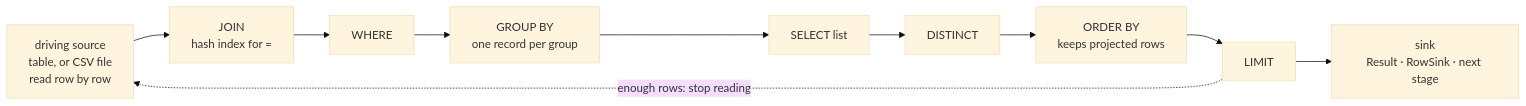
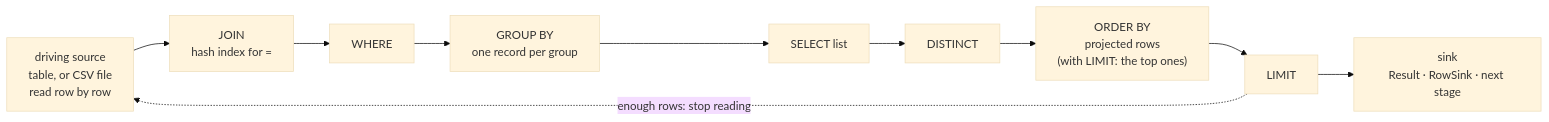
One commit to solariun/vDB changed the third of 14 diagrams in README.md. Above: the diagram before and after it, drawn with Mermaid (base theme). The commit also changed other lines of this file and 15 other files, not shown here.

````diff
--- a/README.md
+++ b/README.md
@@ -197,5 +199,5 @@
 ```mermaid
 flowchart LR
-    src["driving source<br/>table, or CSV file<br/>read row by row"] --> join["JOIN<br/>hash index for ="] --> where["WHERE"] --> group["GROUP BY<br/>one record per group"] --> proj["SELECT list"] --> dist["DISTINCT"] --> order["ORDER BY<br/>keeps projected rows"] --> limit["LIMIT"] --> out["sink<br/>Result · RowSink · next stage"]
+    src["driving source<br/>table, or CSV file<br/>read row by row"] --> join["JOIN<br/>hash index for ="] --> where["WHERE"] --> group["GROUP BY<br/>one record per group"] --> proj["SELECT list"] --> dist["DISTINCT"] --> order["ORDER BY<br/>projected rows<br/>(with LIMIT: the top ones)"] --> limit["LIMIT"] --> out["sink<br/>Result · RowSink · next stage"]
     limit -. "enough rows: stop reading" .-> src
 ```
````
